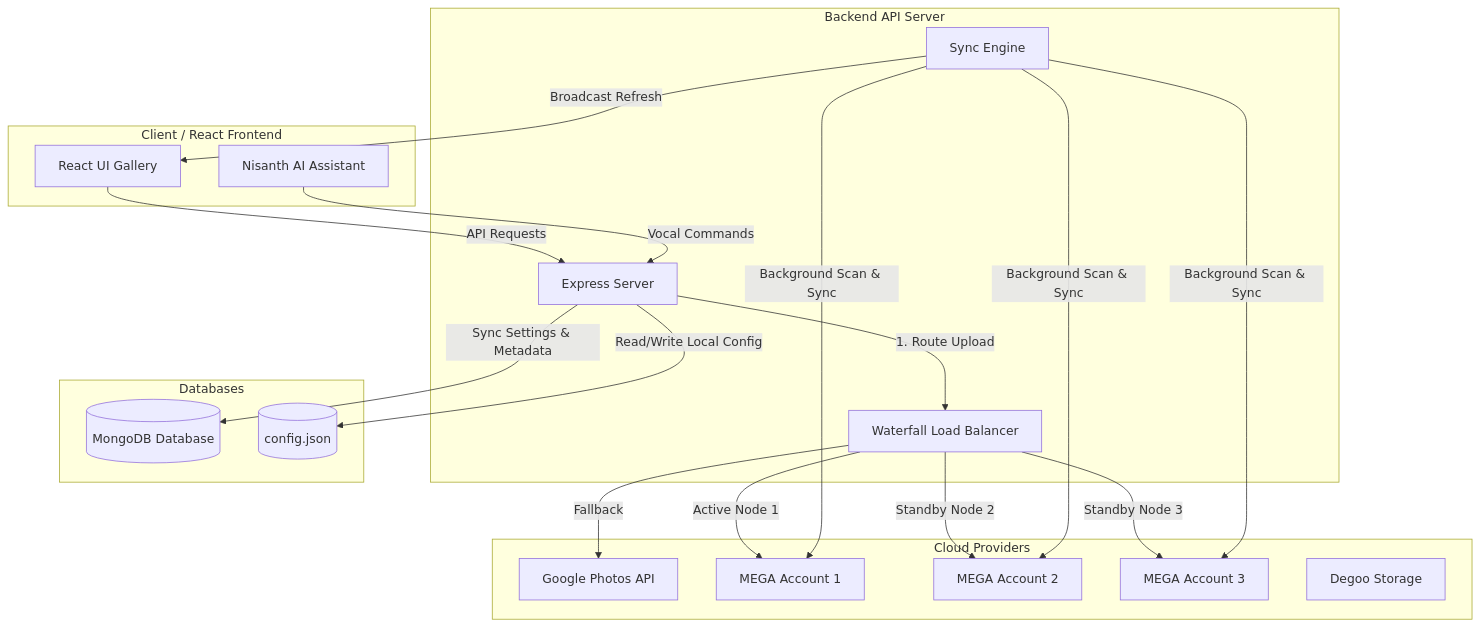
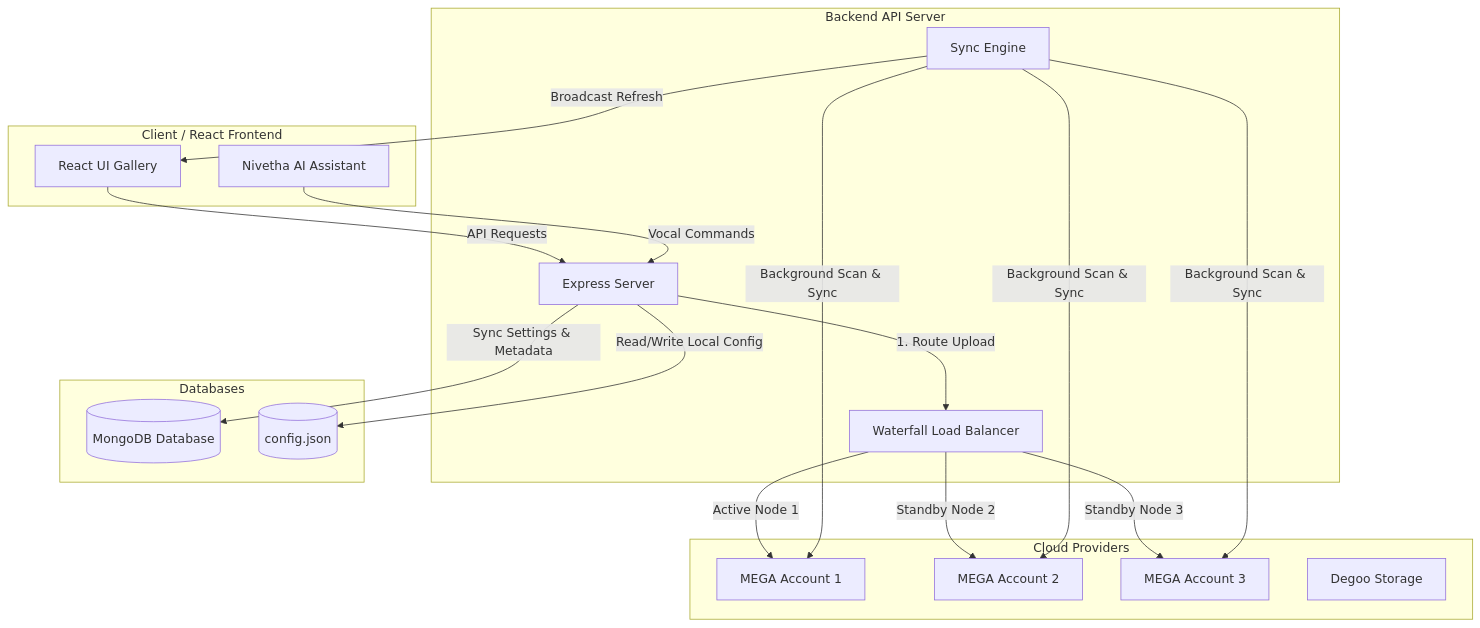
One commit to gpsofficials-im/Nisanth_Bsts changed the diagram in README.md. Above: the diagram before and after it, drawn with Mermaid. The commit also changed other lines of this file and 17 other files, not shown here.

````diff
--- a/README.md
+++ b/README.md
@@ -11,37 +11,35 @@
 ```mermaid
 graph TD
     subgraph Client / React Frontend
         FE[React UI Gallery]
-        AI[Nisanth AI Assistant]
+        AI[Nivetha AI Assistant]
     end
     subgraph Backend API Server
         BE[Express Server]
         WFA[Waterfall Load Balancer]
         SE[Sync Engine]
     end
     subgraph Databases
         DB[(MongoDB Database)]
         CFG[(config.json)]
     end
     subgraph Cloud Providers
-        GP[Google Photos API]
         M1[MEGA Account 1]
         M2[MEGA Account 2]
         M3[MEGA Account 3]
         DG[Degoo Storage]
     end
 
     FE -->|API Requests| BE
     AI -->|Vocal Commands| BE
     BE -->|Sync Settings & Metadata| DB
     BE -->|Read/Write Local Config| CFG
     BE -->|1. Route Upload| WFA
     WFA -->|Active Node 1| M1
     WFA -->|Standby Node 2| M2
     WFA -->|Standby Node 3| M3
-    WFA -->|Fallback| GP
     SE -->|Background Scan & Sync| M1
     SE -->|Background Scan & Sync| M2
     SE -->|Background Scan & Sync| M3
     SE -->|Broadcast Refresh| FE
 ```
````
